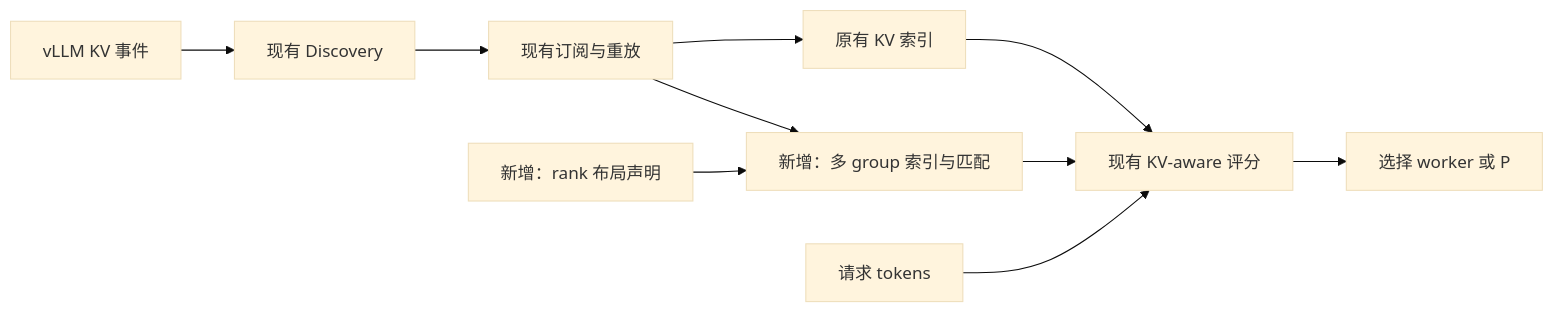
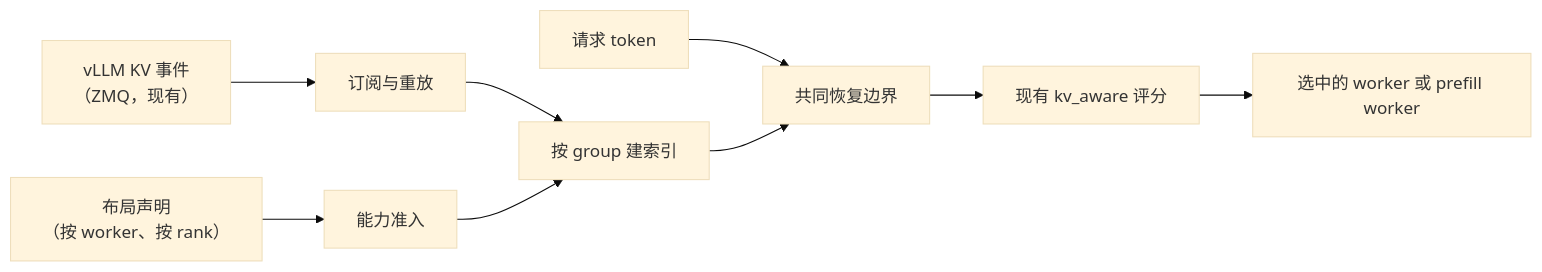
One commit to vllm-project/router changed the first of 2 diagrams in docs/load_balancing/hybrid-kv-aware-rfc.zh.md. Above: the diagram before and after it, drawn with Mermaid (base theme). The commit also changed other lines of this file and 1 other file, not shown here.

````diff
--- a/docs/load_balancing/hybrid-kv-aware-rfc.zh.md
+++ b/docs/load_balancing/hybrid-kv-aware-rfc.zh.md
@@ -13,12 +38,11 @@
 ```mermaid
 flowchart LR
-    E["vLLM KV 事件"] --> D["现有 Discovery"]
-    D --> S["现有订阅与重放"]
-    S --> I["原有 KV 索引"]
-    L["新增：rank 布局声明"] --> H["新增：多 group 索引与匹配"]
-    S --> H
-    I --> P["现有 KV-aware 评分"]
-    H --> P
-    Q["请求 tokens"] --> P
-    P --> W["选择 worker 或 P"]
+    L["布局声明<br/>（按 worker、按 rank）"] --> C["能力准入"]
+    E["vLLM KV 事件<br/>（ZMQ，现有）"] --> S["订阅与重放"]
+    S --> I["按 group 建索引"]
+    C --> I
+    Q["请求 token"] --> B["共同恢复边界"]
+    I --> B
+    B --> K["现有 kv_aware 评分"]
+    K --> W["选中的 worker 或 prefill worker"]
 ```
````
